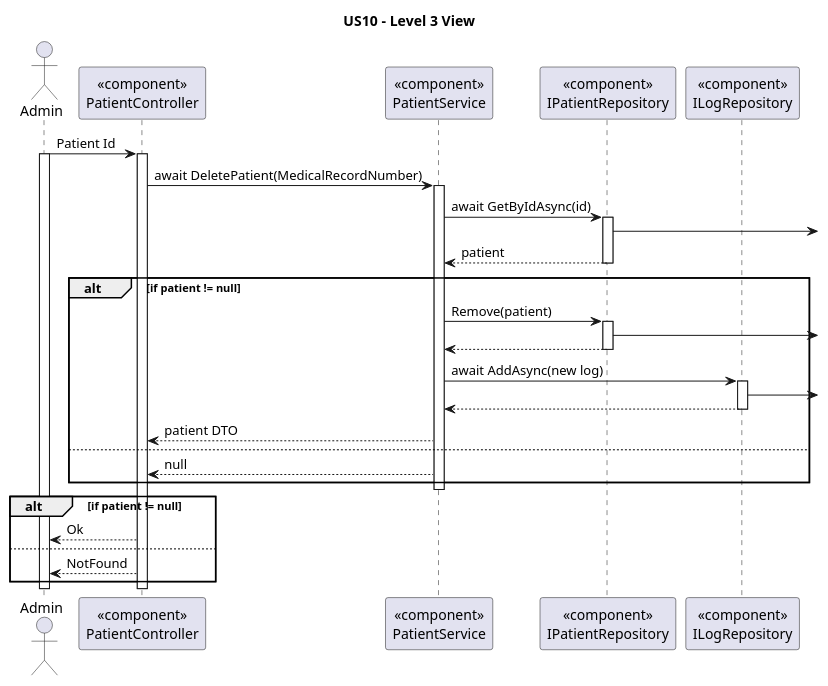
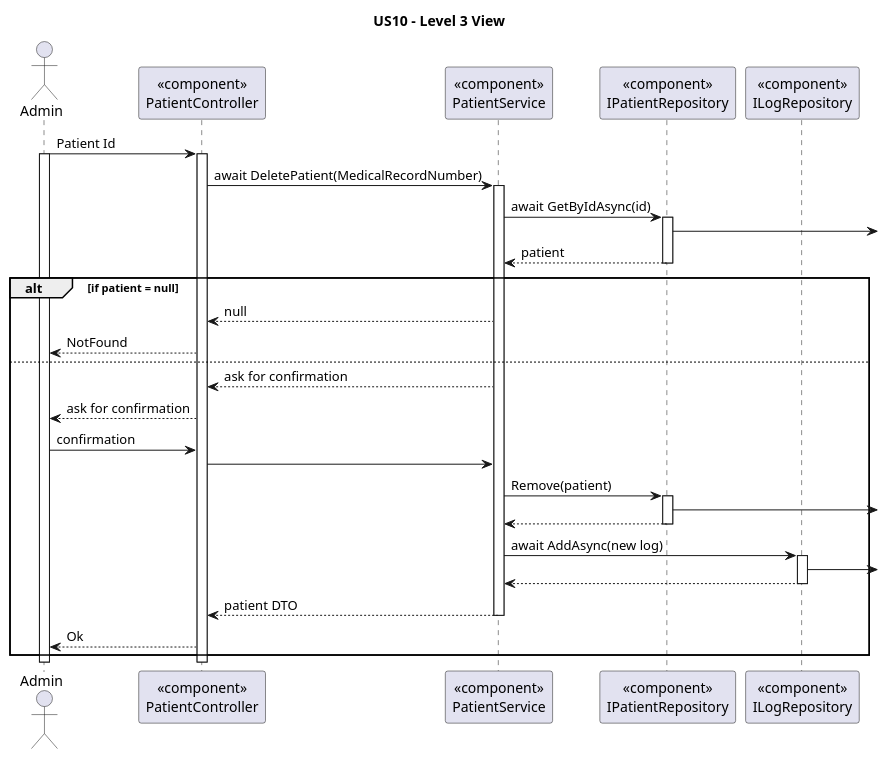
The diagram in docs/user_stories/sprint-a/us10/views/level-3/US10-level-3-view.puml (andredsferreira/p5sem-3dj-g59), drawn with PlantUML before and after one commit. The commit also changed 5 other files, not shown here.

```diff
--- a/docs/user_stories/sprint-a/us10/views/level-3/US10-level-3-view.puml
+++ b/docs/user_stories/sprint-a/us10/views/level-3/US10-level-3-view.puml
@@ -12,57 +12,59 @@
 @startuml
 
 title US10 - Level 3 View
 
 actor Admin as U
 participant "«component»\nPatientController" as ctrl
 participant "«component»\nPatientService" as service
 
 participant "«component»\nIPatientRepository" as patrepo
 participant "«component»\nILogRepository" as logrepo
 
 U -> ctrl : Patient Id
 activate U
 activate ctrl
 
 ctrl -> service : await DeletePatient(MedicalRecordNumber)
 activate service
 
 service -> patrepo : await GetByIdAsync(id)
 activate patrepo
 patrepo ->
 patrepo --> service : patient
 deactivate patrepo
 
-alt if patient != null
+alt if patient = null
+
+service --> ctrl : null
+ctrl --> U : NotFound
+
+else
+
+service --> ctrl : ask for confirmation
+ctrl --> U : ask for confirmation
+U -> ctrl : confirmation
+ctrl -> service
 
 service -> patrepo : Remove(patient)
 activate patrepo
 patrepo -> 
 patrepo --> service
 deactivate patrepo
 
 service -> logrepo : await AddAsync(new log)
 activate logrepo
 logrepo ->
 logrepo --> service
 deactivate logrepo
 
 service --> ctrl : patient DTO
-else
-service --> ctrl : null
-end
+
 deactivate service
 
-alt if patient != null
-
 ctrl --> U : Ok
-
-else
-
-ctrl --> U : NotFound
 
 end
 deactivate ctrl
 deactivate U
 
 @enduml
```
